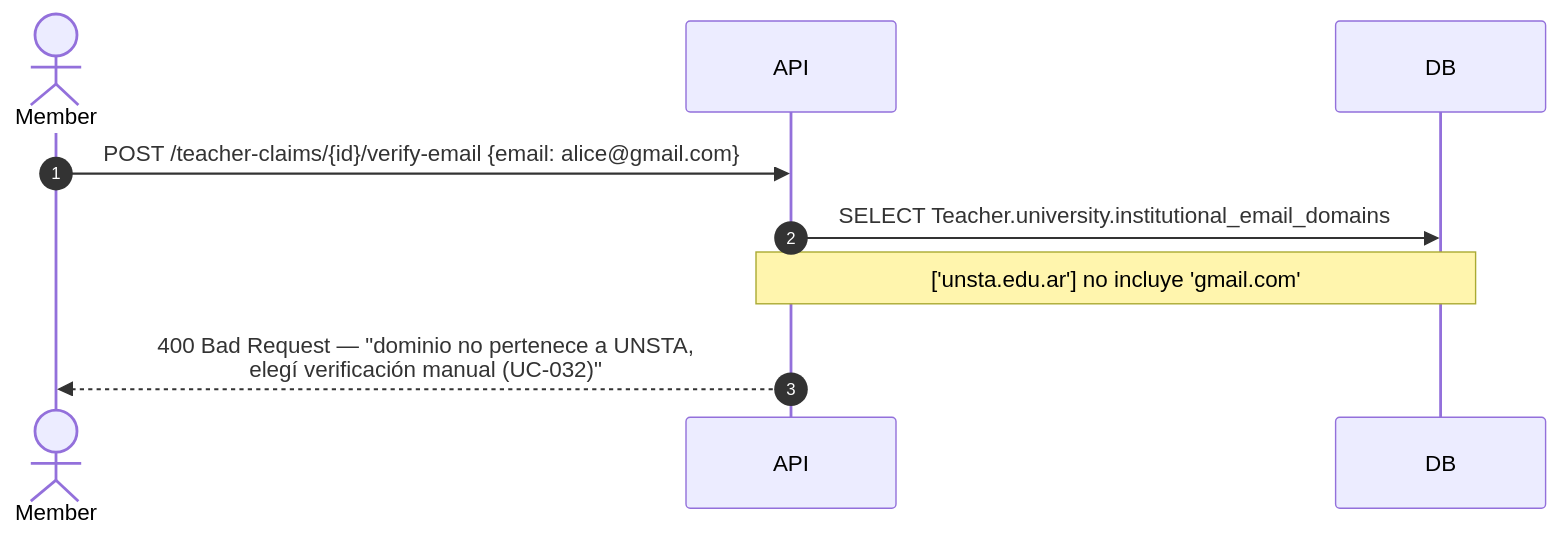
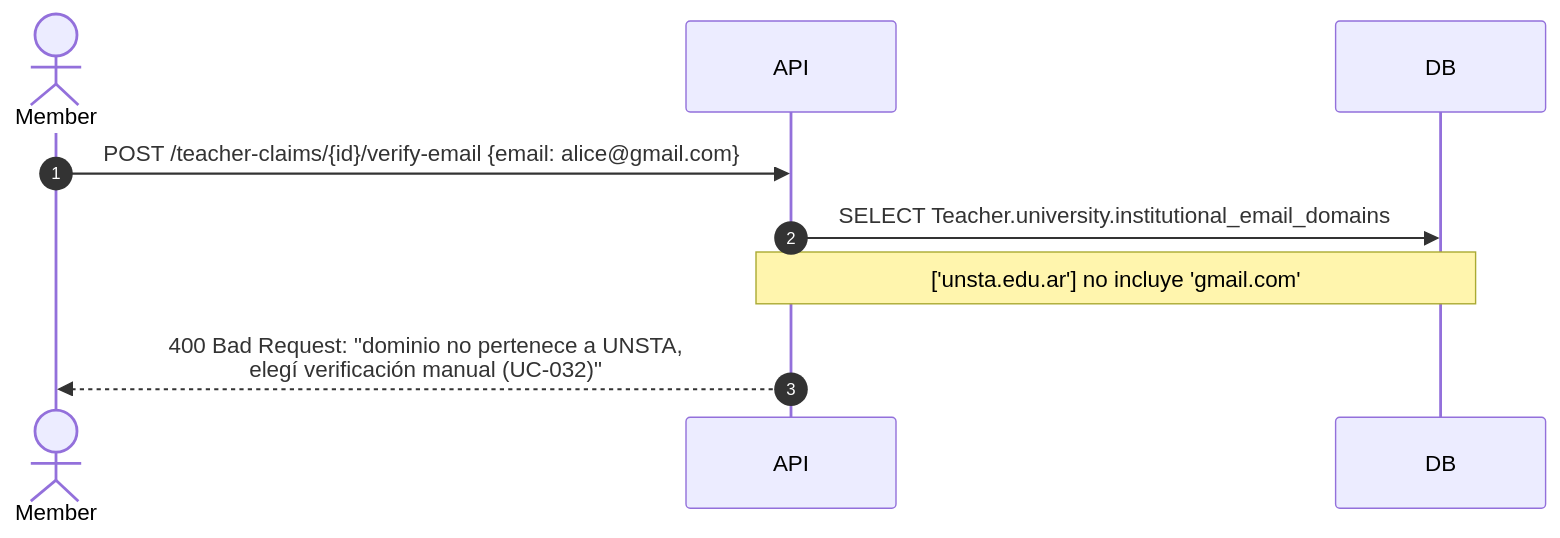
The third of 5 diagrams in docs/domain/verification-flows.md (lucasidev/plan-b), drawn with Mermaid before and after one commit. The commit also changed other lines of this file and 209 other files, not shown here.

````diff
--- a/docs/domain/verification-flows.md
+++ b/docs/domain/verification-flows.md
@@ -109,12 +109,12 @@
 ```mermaid
 sequenceDiagram
     autonumber
     actor Alumno as Member
     participant API
     participant DB
 
     Alumno->>API: POST /teacher-claims/{id}/verify-email {email: alice@gmail.com}
     API->>DB: SELECT Teacher.university.institutional_email_domains
     Note over API,DB: ['unsta.edu.ar'] no incluye 'gmail.com'
-    API-->>Alumno: 400 Bad Request — "dominio no pertenece a UNSTA,<br/>elegí verificación manual (UC-032)"
+    API-->>Alumno: 400 Bad Request: "dominio no pertenece a UNSTA,<br/>elegí verificación manual (UC-032)"
 ```
````
